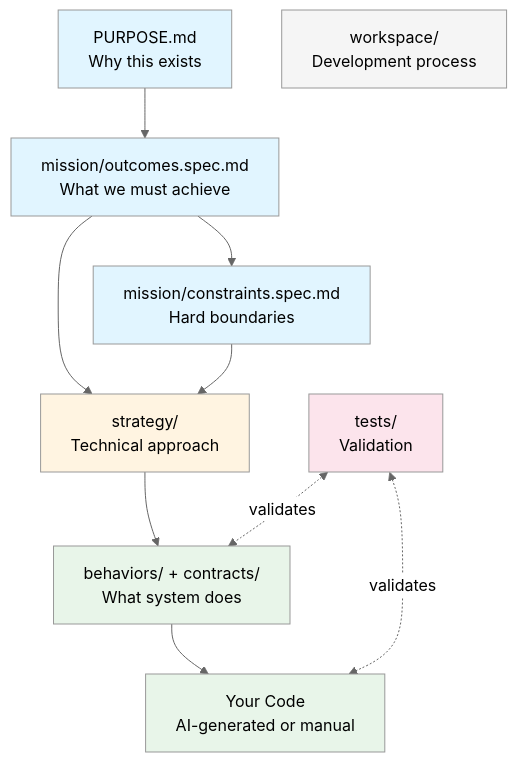
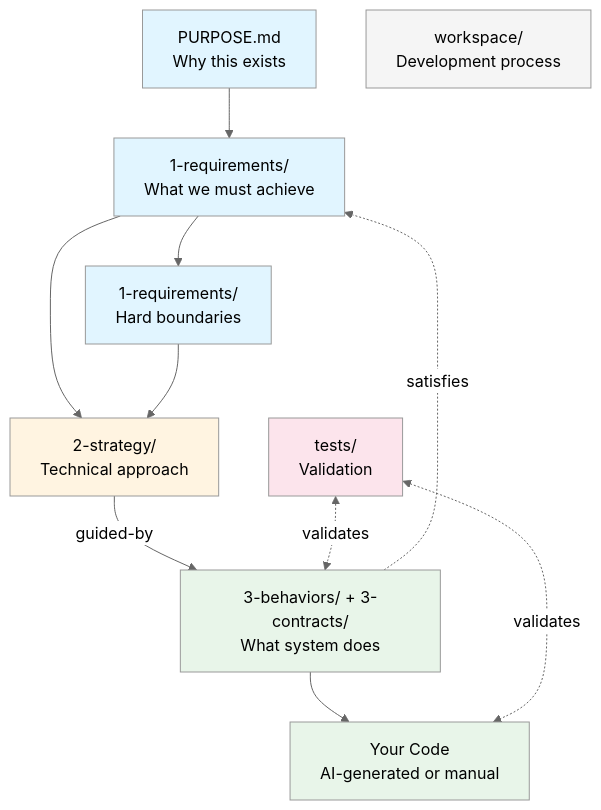
One commit to chrs-myrs/livespec changed the first of 3 diagrams in README.md. Above: the diagram before and after it, drawn with Mermaid (neutral theme). The commit also changed other lines of this file and 190 other files, not shown here.

````diff
--- a/README.md
+++ b/README.md
@@ -33,37 +33,40 @@
 ```mermaid
 graph TD
     %% Main Vertical Flow
     PURPOSE[PURPOSE.md<br/>Why this exists]
-    REQUIREMENTS[mission/outcomes.spec.md<br/>What we must achieve]
-    CONSTRAINTS[mission/constraints.spec.md<br/>Hard boundaries]
-    STRATEGY[strategy/<br/>Technical approach]
-    SPECS[behaviors/ + contracts/<br/>What system does]
+    REQUIREMENTS[1-requirements/<br/>What we must achieve]
+    CONSTRAINTS[1-requirements/<br/>Hard boundaries]
+    STRATEGY[2-strategy/<br/>Technical approach]
+    SPECS[3-behaviors/ + 3-contracts/<br/>What system does]
     CODE[Your Code<br/>AI-generated or manual]
 
     %% Validation
     TESTS[tests/<br/>Validation]
 
     %% Workspace (separate)
     WORKSPACE[workspace/<br/>Development process]
 
-    %% Main Flow
+    %% Downward Flow (derives-from, guided-by)
     PURPOSE --> REQUIREMENTS
     REQUIREMENTS --> CONSTRAINTS
     REQUIREMENTS --> STRATEGY
     CONSTRAINTS --> STRATEGY
-    STRATEGY --> SPECS
+    STRATEGY -->|guided-by| SPECS
     SPECS --> CODE
+
+    %% Upward Flow (satisfies)
+    SPECS -.satisfies.-> REQUIREMENTS
 
     %% Validation
     TESTS <-.validates.-> SPECS
     TESTS <-.validates.-> CODE
 
     style PURPOSE fill:#e1f5ff
     style REQUIREMENTS fill:#e1f5ff
     style CONSTRAINTS fill:#e1f5ff
     style STRATEGY fill:#fff4e1
     style SPECS fill:#e8f5e9
     style CODE fill:#e8f5e9
     style TESTS fill:#fce4ec
     style WORKSPACE fill:#f5f5f5
 ```
````
